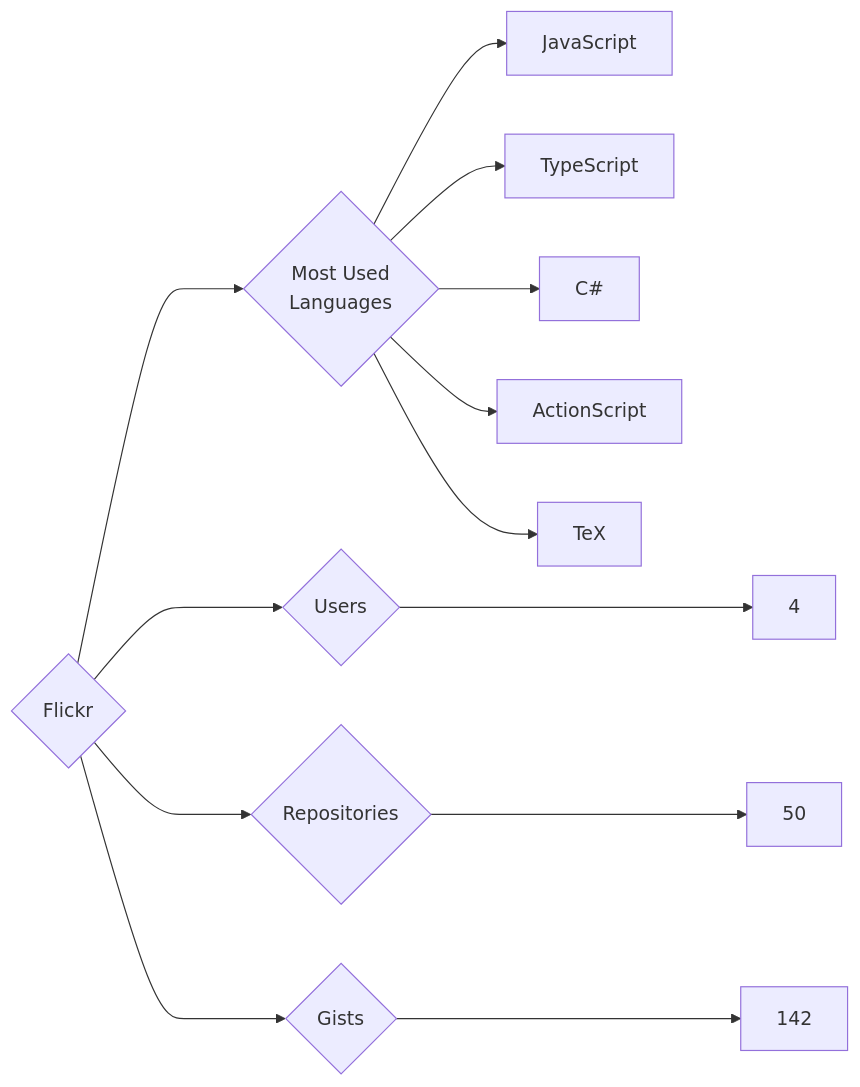
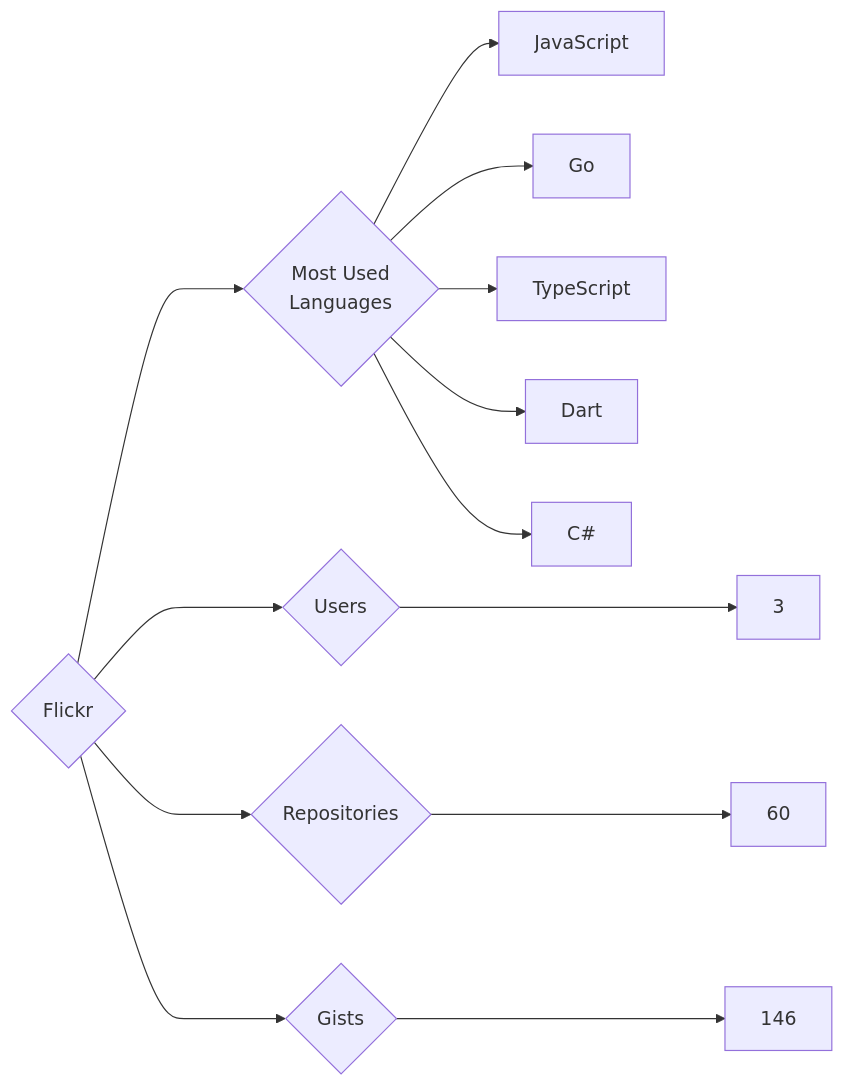
The diagram in targets/Flickr/README.md (trickest/insiders), drawn with Mermaid before and after one commit. The commit also changed 1023 other files, not shown here.

````diff
--- a/targets/Flickr/README.md
+++ b/targets/Flickr/README.md
@@ -3,13 +3,13 @@
 ```mermaid
 graph LR
 COMPANY_NAME{Flickr}
-COMPANY_NAME ---> U{Users} ---> UN[4]
-COMPANY_NAME ---> R{Repositories} ---> RN[50]
-COMPANY_NAME ---> G{Gists} ---> GN[142]
+COMPANY_NAME ---> U{Users} ---> UN[3]
+COMPANY_NAME ---> R{Repositories} ---> RN[60]
+COMPANY_NAME ---> G{Gists} ---> GN[146]
 COMPANY_NAME ---> ML{Most Used<br>Languages}
 ML --> JavaScript[JavaScript]
+ML --> Go[Go]
 ML --> TypeScript[TypeScript]
+ML --> Dart[Dart]
 ML --> C#[C#]
-ML --> ActionScript[ActionScript]
-ML --> TeX[TeX]
 ```
````
